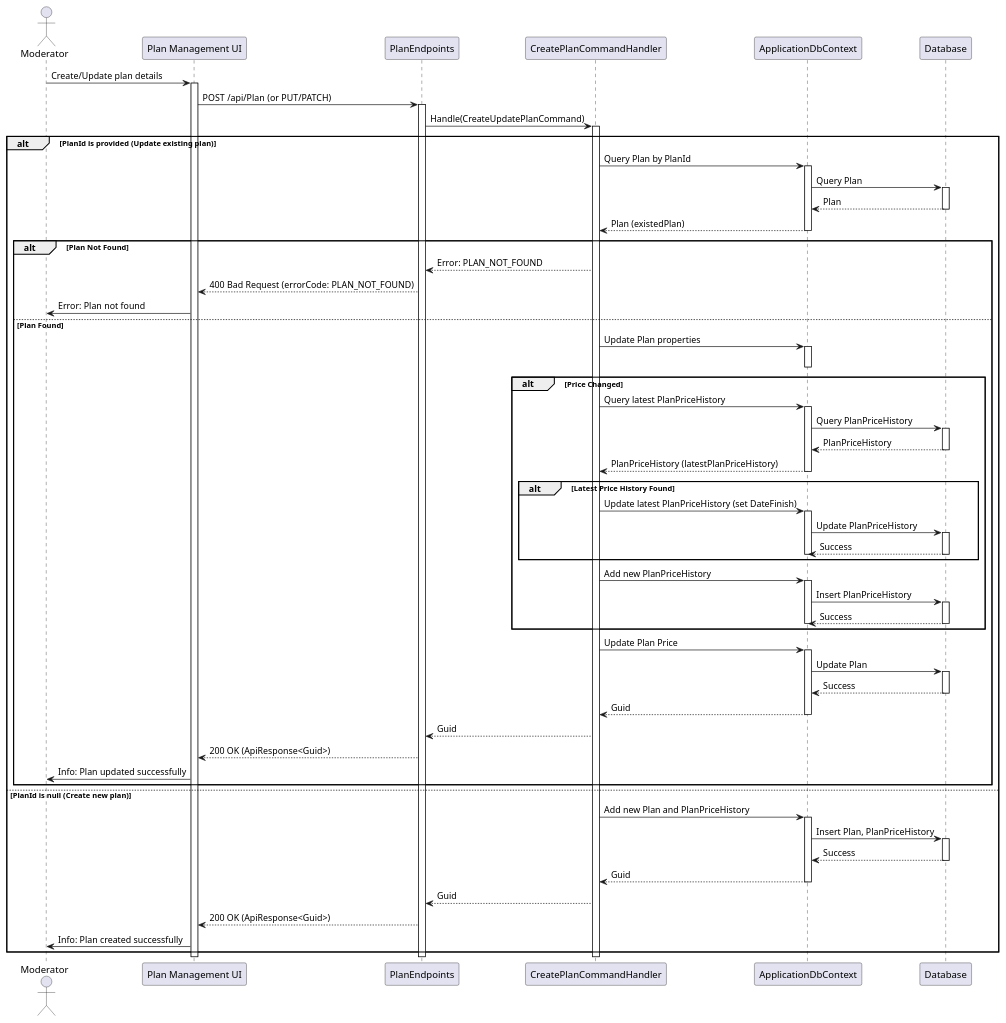
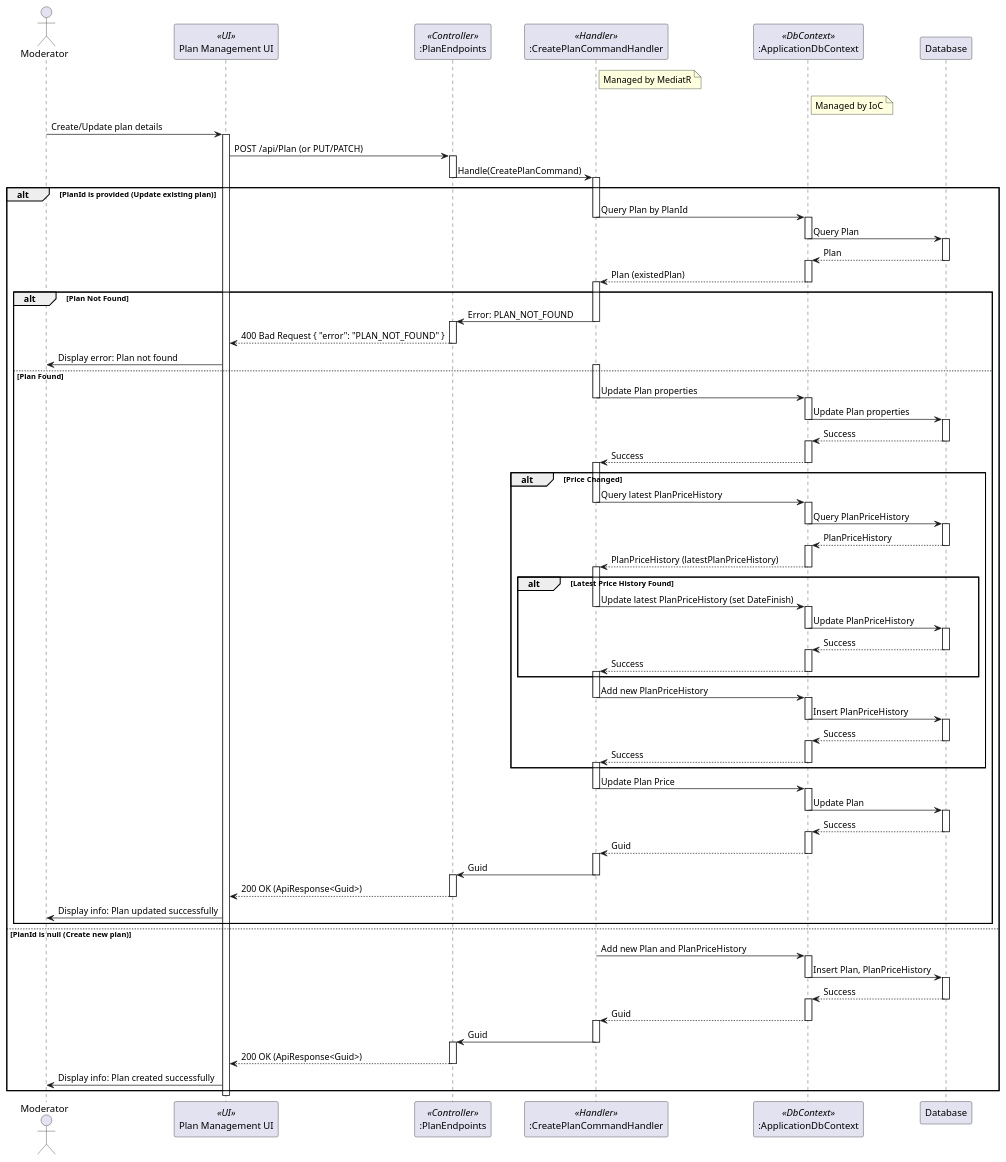
One commit to thanhkhac/SEP_Diagram changed the diagram in Plans/Sequence/CreateUpdatePlanCommand.puml. Above: the diagram before and after it, drawn with PlantUML. The commit also changed 23 other files, not shown here.

First line of the commit message:
Enhance sequence diagrams with detailed flow and roles

```diff
--- a/Plans/Sequence/CreateUpdatePlanCommand.puml
+++ b/Plans/Sequence/CreateUpdatePlanCommand.puml
@@ -1,87 +1,140 @@
 @startuml
 actor Moderator
-participant "Plan Management UI" as UI
-participant PlanEndpoints
-participant CreatePlanCommandHandler as Handler
-participant ApplicationDbContext
+participant "Plan Management UI" as UI <<UI>>
+participant ":PlanEndpoints" as PlanEndpoints <<Controller>>
+participant ":CreatePlanCommandHandler" as CreatePlanCommandHandler <<Handler>>
+participant ":ApplicationDbContext" as ApplicationDbContext <<DbContext>>
 participant Database
+
+note right of CreatePlanCommandHandler
+  Managed by MediatR
+end note
+
+note right of ApplicationDbContext
+  Managed by IoC
+end note
 
 Moderator -> UI : Create/Update plan details
 activate UI
 UI -> PlanEndpoints : POST /api/Plan (or PUT/PATCH)
 activate PlanEndpoints
-PlanEndpoints -> Handler : Handle(CreateUpdatePlanCommand)
-activate Handler
+PlanEndpoints -> CreatePlanCommandHandler : Handle(CreatePlanCommand)
+deactivate PlanEndpoints
+activate CreatePlanCommandHandler
 alt PlanId is provided (Update existing plan)
-    Handler -> ApplicationDbContext : Query Plan by PlanId
+    CreatePlanCommandHandler -> ApplicationDbContext : Query Plan by PlanId
+    deactivate CreatePlanCommandHandler
     activate ApplicationDbContext
     ApplicationDbContext -> Database : Query Plan
+    deactivate ApplicationDbContext
     activate Database
     Database --> ApplicationDbContext : Plan
     deactivate Database
-    ApplicationDbContext --> Handler : Plan (existedPlan)
+    activate ApplicationDbContext
+    ApplicationDbContext --> CreatePlanCommandHandler : Plan (existedPlan)
     deactivate ApplicationDbContext
+    activate CreatePlanCommandHandler
     alt Plan Not Found
-        Handler --> PlanEndpoints : Error: PLAN_NOT_FOUND
-        PlanEndpoints --> UI : 400 Bad Request (errorCode: PLAN_NOT_FOUND)
-        UI -> Moderator : Error: Plan not found
+        CreatePlanCommandHandler -> PlanEndpoints : Error: PLAN_NOT_FOUND
+        deactivate CreatePlanCommandHandler
+        activate PlanEndpoints
+        PlanEndpoints --> UI : 400 Bad Request { "error": "PLAN_NOT_FOUND" }
+        deactivate PlanEndpoints
+        UI -> Moderator : Display error: Plan not found
     else Plan Found
-        Handler -> ApplicationDbContext : Update Plan properties
+        activate CreatePlanCommandHandler
+        CreatePlanCommandHandler -> ApplicationDbContext : Update Plan properties
+        deactivate CreatePlanCommandHandler
         activate ApplicationDbContext
+        ApplicationDbContext -> Database : Update Plan properties
         deactivate ApplicationDbContext
-
+        activate Database
+        Database --> ApplicationDbContext : Success
+        deactivate Database
+        activate ApplicationDbContext
+        ApplicationDbContext --> CreatePlanCommandHandler : Success
+        deactivate ApplicationDbContext
+        activate CreatePlanCommandHandler
         alt Price Changed
-            Handler -> ApplicationDbContext : Query latest PlanPriceHistory
+            CreatePlanCommandHandler -> ApplicationDbContext : Query latest PlanPriceHistory
+            deactivate CreatePlanCommandHandler
             activate ApplicationDbContext
             ApplicationDbContext -> Database : Query PlanPriceHistory
+            deactivate ApplicationDbContext
             activate Database
             Database --> ApplicationDbContext : PlanPriceHistory
             deactivate Database
-            ApplicationDbContext --> Handler : PlanPriceHistory (latestPlanPriceHistory)
+            activate ApplicationDbContext
+            ApplicationDbContext --> CreatePlanCommandHandler : PlanPriceHistory (latestPlanPriceHistory)
             deactivate ApplicationDbContext
+            activate CreatePlanCommandHandler
             alt Latest Price History Found
-                Handler -> ApplicationDbContext : Update latest PlanPriceHistory (set DateFinish)
+                CreatePlanCommandHandler -> ApplicationDbContext : Update latest PlanPriceHistory (set DateFinish)
+                deactivate CreatePlanCommandHandler
                 activate ApplicationDbContext
                 ApplicationDbContext -> Database : Update PlanPriceHistory
+                deactivate ApplicationDbContext
                 activate Database
                 Database --> ApplicationDbContext : Success
                 deactivate Database
+                activate ApplicationDbContext
+                ApplicationDbContext --> CreatePlanCommandHandler : Success
                 deactivate ApplicationDbContext
+                activate CreatePlanCommandHandler
             end
-            Handler -> ApplicationDbContext : Add new PlanPriceHistory
+            CreatePlanCommandHandler -> ApplicationDbContext : Add new PlanPriceHistory
+            deactivate CreatePlanCommandHandler
             activate ApplicationDbContext
             ApplicationDbContext -> Database : Insert PlanPriceHistory
+            deactivate ApplicationDbContext
             activate Database
             Database --> ApplicationDbContext : Success
             deactivate Database
+            activate ApplicationDbContext
+            ApplicationDbContext --> CreatePlanCommandHandler : Success
             deactivate ApplicationDbContext
+            activate CreatePlanCommandHandler
         end
-        Handler -> ApplicationDbContext : Update Plan Price
+        CreatePlanCommandHandler -> ApplicationDbContext : Update Plan Price
+        deactivate CreatePlanCommandHandler
         activate ApplicationDbContext
         ApplicationDbContext -> Database : Update Plan
+        deactivate ApplicationDbContext
         activate Database
         Database --> ApplicationDbContext : Success
         deactivate Database
-        ApplicationDbContext --> Handler : Guid
+        activate ApplicationDbContext
+        ApplicationDbContext --> CreatePlanCommandHandler : Guid
         deactivate ApplicationDbContext
-        Handler --> PlanEndpoints : Guid
+        activate CreatePlanCommandHandler
+        CreatePlanCommandHandler -> PlanEndpoints : Guid
+        deactivate CreatePlanCommandHandler
+        activate PlanEndpoints
         PlanEndpoints --> UI : 200 OK (ApiResponse<Guid>)
-        UI -> Moderator : Info: Plan updated successfully
+        deactivate PlanEndpoints
+        UI -> Moderator : Display info: Plan updated successfully
     end
 else PlanId is null (Create new plan)
-    Handler -> ApplicationDbContext : Add new Plan and PlanPriceHistory
+    activate CreatePlanCommandHandler
+    CreatePlanCommandHandler -> ApplicationDbContext : Add new Plan and PlanPriceHistory
+    deactivate CreatePlanCommandHandler
     activate ApplicationDbContext
     ApplicationDbContext -> Database : Insert Plan, PlanPriceHistory
+    deactivate ApplicationDbContext
     activate Database
     Database --> ApplicationDbContext : Success
     deactivate Database
-    ApplicationDbContext --> Handler : Guid
+    activate ApplicationDbContext
+    ApplicationDbContext --> CreatePlanCommandHandler : Guid
     deactivate ApplicationDbContext
-    Handler --> PlanEndpoints : Guid
+    activate CreatePlanCommandHandler
+    CreatePlanCommandHandler -> PlanEndpoints : Guid
+    deactivate CreatePlanCommandHandler
+    activate PlanEndpoints
     PlanEndpoints --> UI : 200 OK (ApiResponse<Guid>)
-    UI -> Moderator : Info: Plan created successfully
+    deactivate PlanEndpoints
+    UI -> Moderator : Display info: Plan created successfully
 end
-deactivate Handler
-deactivate PlanEndpoints
 deactivate UI
+
 @enduml
```
